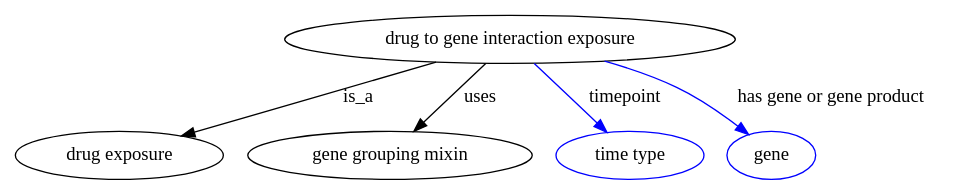
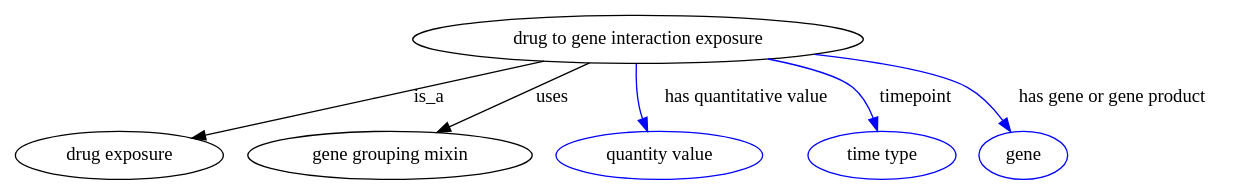
One commit to biolink/biolink-model changed the diagram in graphviz/drug_to_gene_interaction_exposure.gv. Above: the diagram before and after it, drawn with Graphviz. The commit also changed 21 other files, not shown here.

```diff
--- a/graphviz/drug_to_gene_interaction_exposure.gv
+++ b/graphviz/drug_to_gene_interaction_exposure.gv
@@ -1,40 +1,50 @@
 digraph {
-	graph [bb="0,0,702.99,123"];
+	graph [bb="0,0,913.99,123"];
 	node [label="\N"];
 	"drug to gene interaction exposure"	[height=0.5,
 		label="drug to gene interaction exposure",
-		pos="370.99,105",
+		pos="466.99,105",
 		width=4.694];
 	"drug exposure"	[height=0.5,
 		pos="77.993,18",
 		width=2.1665];
 	"drug to gene interaction exposure" -> "drug exposure"	[label=is_a,
-		lp="256.99,61.5",
-		pos="e,124.54,32.502 315.54,87.912 263.64,72.855 186.48,50.471 134.3,35.335"];
+		lp="309.99,61.5",
+		pos="e,132.55,30.921 396.55,88.607 324.24,72.807 212.67,48.429 142.58,33.113"];
 	"gene grouping mixin"	[height=0.5,
 		pos="280.99,18",
 		width=2.9608];
 	"drug to gene interaction exposure" -> "gene grouping mixin"	[label=uses,
-		lp="348.49,61.5",
-		pos="e,298.87,35.885 352.78,86.799 339.4,74.158 321.04,56.823 306.24,42.846"];
+		lp="402.49,61.5",
+		pos="e,316.26,35.116 430.69,87.409 400.57,73.646 357.62,54.02 325.45,39.316"];
+	"has quantitative value"	[color=blue,
+		height=0.5,
+		label="quantity value",
+		pos="482.99,18",
+		width=2.1484];
+	"drug to gene interaction exposure" -> "has quantitative value"	[color=blue,
+		label="has quantitative value",
+		lp="547.99,61.5",
+		pos="e,474.15,36.011 465.72,86.687 465.41,76.973 465.69,64.694 467.99,54 468.61,51.153 469.45,48.248 470.44,45.392",
+		style=solid];
 	timepoint	[color=blue,
 		height=0.5,
 		label="time type",
-		pos="460.99,18",
+		pos="649.99,18",
 		width=1.5346];
 	"drug to gene interaction exposure" -> timepoint	[color=blue,
 		label=timepoint,
-		lp="456.99,61.5",
-		pos="e,443.72,35.31 389.21,86.799 402.77,73.993 421.43,56.369 436.32,42.299",
+		lp="674.99,61.5",
+		pos="e,646.61,36.279 564.59,90.256 592.06,84.782 617.36,77.688 627.99,69 635.17,63.134 640.08,54.457 643.4,45.972",
 		style=solid];
 	"has gene or gene product"	[color=blue,
 		height=0.5,
 		label=gene,
-		pos="566.99,18",
+		pos="755.99,18",
 		width=0.92075];
 	"drug to gene interaction exposure" -> "has gene or gene product"	[color=blue,
 		label="has gene or gene product",
-		lp="611.49,61.5",
-		pos="e,549.95,33.532 441.94,88.643 460.02,83.522 479.1,77.023 495.99,69 512.3,61.256 528.89,49.814 541.93,39.829",
+		lp="822.49,61.5",
+		pos="e,746.49,35.752 599.36,93.731 646.82,88.272 693.64,80.292 713.99,69 724.62,63.106 733.71,53.382 740.69,44.068",
 		style=solid];
 }
```
